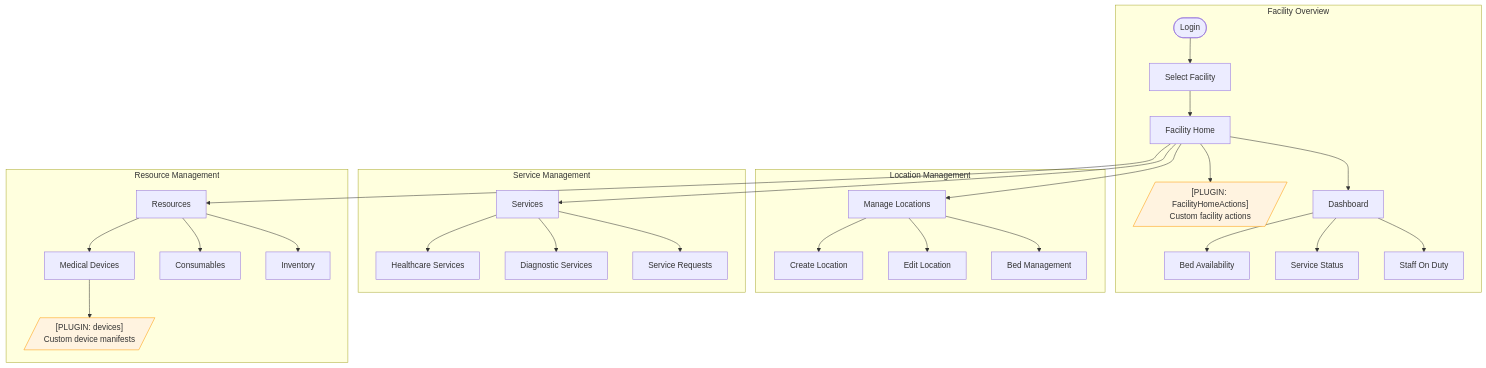
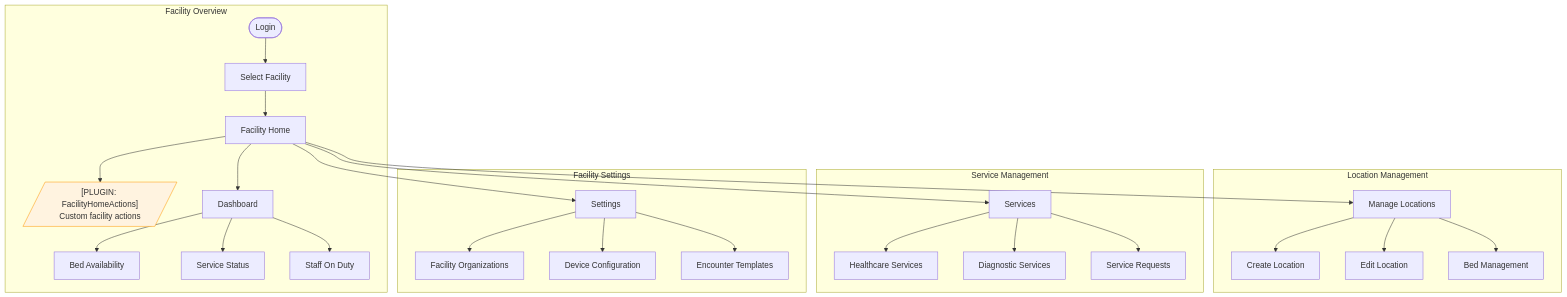
One commit to jagankumar-egov/care_fe changed the eighth of 23 diagrams in flowdiagram.md. Above: the diagram before and after it, drawn with Mermaid. The commit also changed other lines of this file and 2 other files, not shown here.

Commit message:
updated flow

````diff
--- a/flowdiagram.md
+++ b/flowdiagram.md
@@ -215,39 +325,36 @@
 ```mermaid
 flowchart TD
     subgraph FacilityOverview["Facility Overview"]
         Start([Login]) --> SelectFac[Select Facility]
         SelectFac --> FacHome[Facility Home]
         FacHome --> PLUGIN_FAC[/"[PLUGIN: FacilityHomeActions]<br/>Custom facility actions"/]
 
         FacHome --> Dashboard[Dashboard]
         Dashboard --> BedStatus[Bed Availability]
         Dashboard --> ServiceStatus[Service Status]
         Dashboard --> StaffStatus[Staff On Duty]
     end
 
     subgraph LocationManagement["Location Management"]
         FacHome --> Locations[Manage Locations]
         Locations --> CreateLoc[Create Location]
         Locations --> EditLoc[Edit Location]
         Locations --> BedMgmt[Bed Management]
     end
 
     subgraph ServiceManagement["Service Management"]
         FacHome --> Services[Services]
         Services --> HealthServices[Healthcare Services]
         Services --> DiagServices[Diagnostic Services]
         Services --> ServiceReqs[Service Requests]
     end
 
-    subgraph ResourceManagement["Resource Management"]
-        FacHome --> Resources[Resources]
-        Resources --> Devices[Medical Devices]
-        Resources --> Consumables[Consumables]
-        Resources --> Inventory[Inventory]
-
-        Devices --> PLUGIN_DEV[/"[PLUGIN: devices]<br/>Custom device manifests"/]
+    subgraph FacilitySettings["Facility Settings"]
+        FacHome --> Settings[Settings]
+        Settings --> FacOrgs[Facility Organizations]
+        Settings --> DeviceConfig[Device Configuration]
+        Settings --> Templates[Encounter Templates]
     end
 
     style PLUGIN_FAC fill:#fff3e0,stroke:#ff9800
-    style PLUGIN_DEV fill:#fff3e0,stroke:#ff9800
 ```
````
